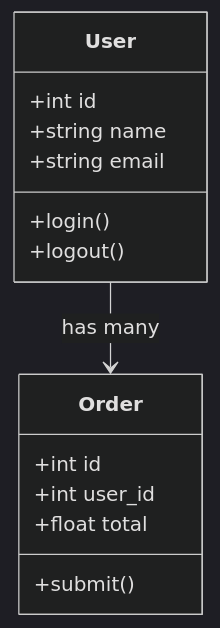
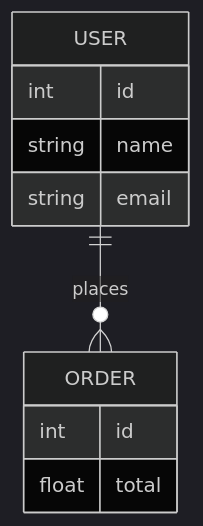
Before and after one commit to slidr-cli/slidr: the fourth of 6 diagrams in examples/mermaid_demo.md, drawn with Mermaid (dark theme). The commit also changed other lines of this file and 2 other files, not shown here.

Commit message:
fix(mermaid): use mmdc Python API, fix width=100% issue, replace broken diagram types

````diff
--- a/examples/mermaid_demo.md
+++ b/examples/mermaid_demo.md
@@ -56,17 +56,13 @@
 ```mermaid
-classDiagram
-    class User {
-        +int id
-        +string name
-        +string email
-        +login()
-        +logout()
+erDiagram
+    USER ||--o{ ORDER : places
+    USER {
+        int id
+        string name
+        string email
     }
-    class Order {
-        +int id
-        +int user_id
-        +float total
-        +submit()
+    ORDER {
+        int id
+        float total
     }
-    User --> Order : has many
 ```
````
